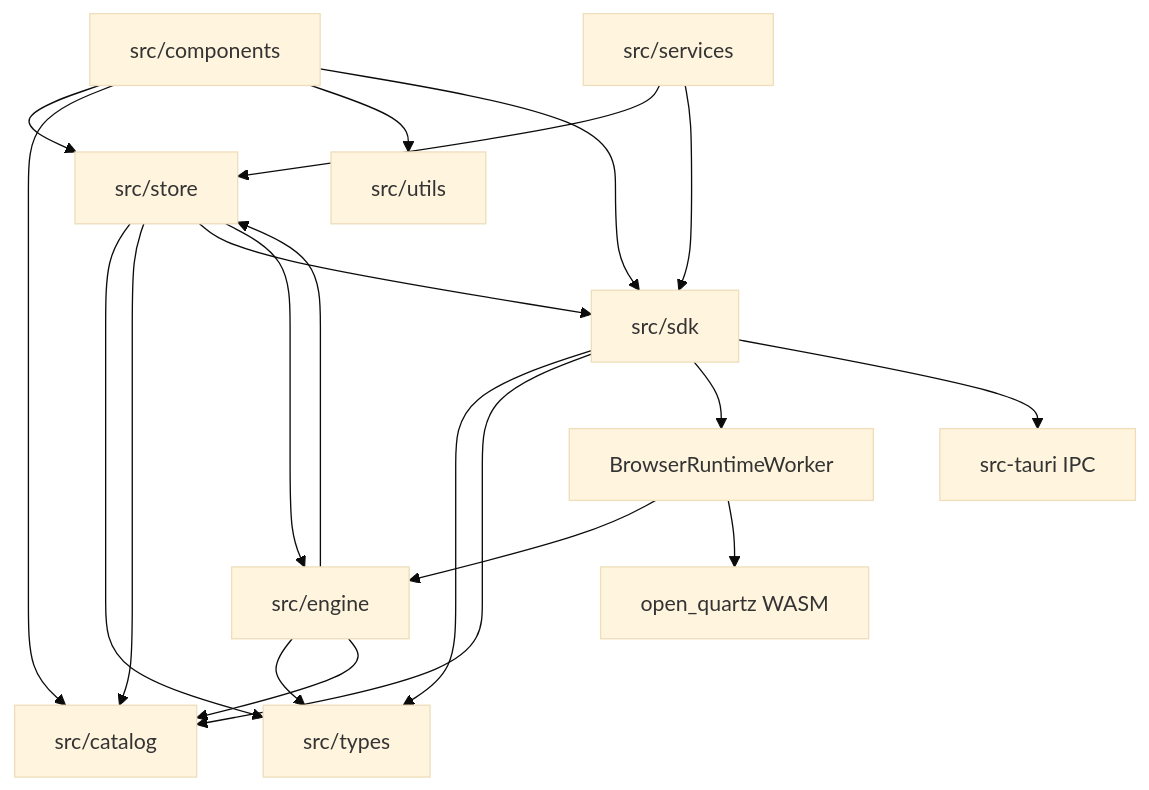
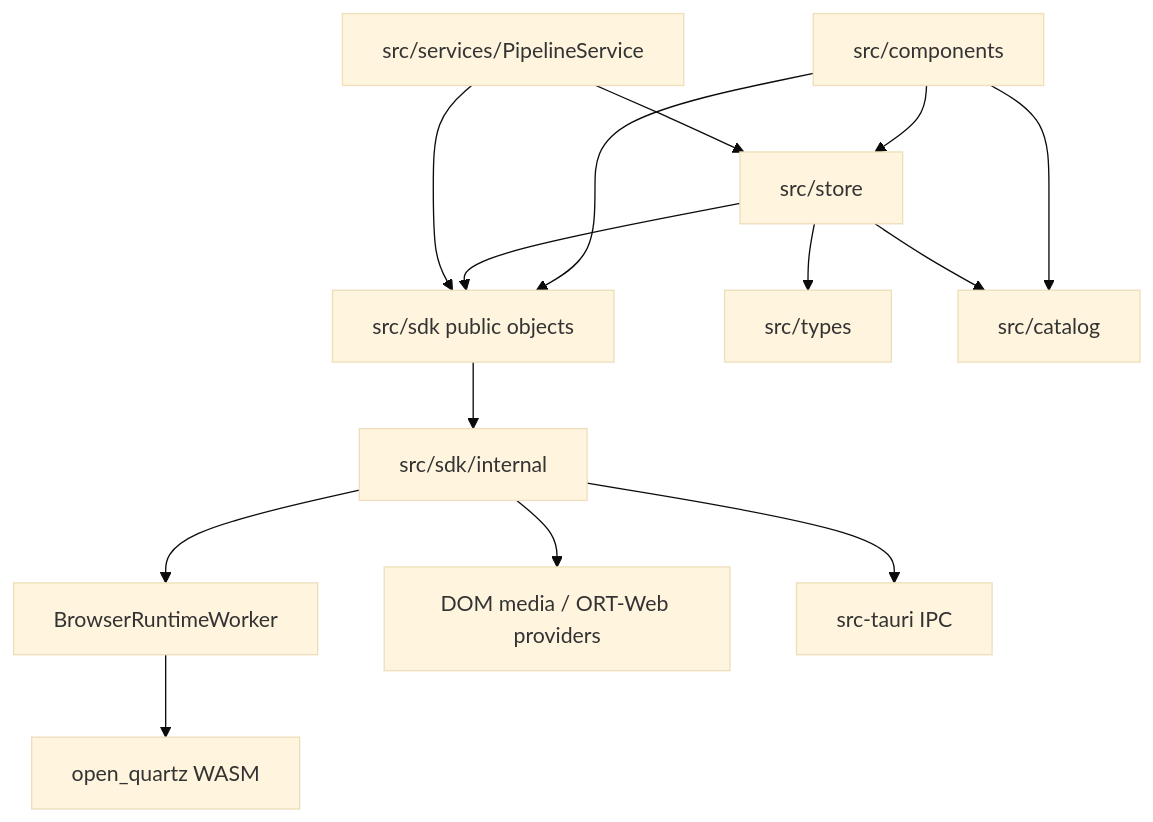
One commit to sanitor/open_quartz changed the third of 12 diagrams in docs/DESIGN.md. Above: the diagram before and after it, drawn with Mermaid (base theme). The commit also changed other lines of this file, not shown here.

Commit message:
docs: update architecture baseline and thin TypeScript roadmap

````diff
--- a/docs/DESIGN.md
+++ b/docs/DESIGN.md
@@ -266,34 +267,28 @@
 ```mermaid
 flowchart TD
     Components[src/components]
     Store[src/store]
-    Service[src/services]
-    Sdk[src/sdk]
+    Service[src/services/PipelineService]
+    PublicSdk[src/sdk public objects]
+    Internal[src/sdk/internal]
     Worker[BrowserRuntimeWorker]
-    Engine[src/engine]
+    Providers[DOM media / ORT-Web providers]
+    Types[src/types]
     Catalog[src/catalog]
-    Types[src/types]
-    Utils[src/utils]
     Wasm[open_quartz WASM]
     Tauri[src-tauri IPC]
 
     Components --> Store
+    Components --> PublicSdk
     Components --> Catalog
-    Components --> Utils
-    Components --> Sdk
     Store --> Types
     Store --> Catalog
-    Store --> Sdk
-    Store --> Engine
+    Store --> PublicSdk
     Service --> Store
-    Service --> Sdk
-    Sdk --> Types
-    Sdk --> Catalog
-    Sdk --> Worker
-    Worker --> Engine
+    Service --> PublicSdk
+    PublicSdk --> Internal
+    Internal --> Worker
+    Internal --> Providers
     Worker --> Wasm
-    Engine --> Types
-    Engine --> Catalog
-    Engine --> Store
-    Sdk --> Tauri
+    Internal --> Tauri
 ```
````
